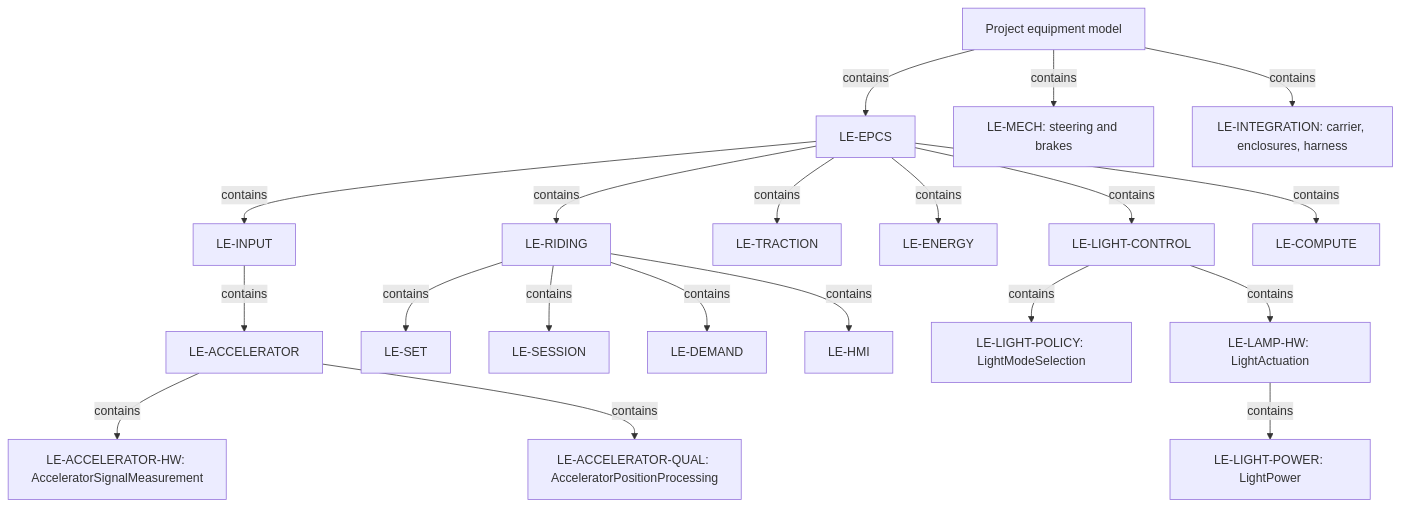
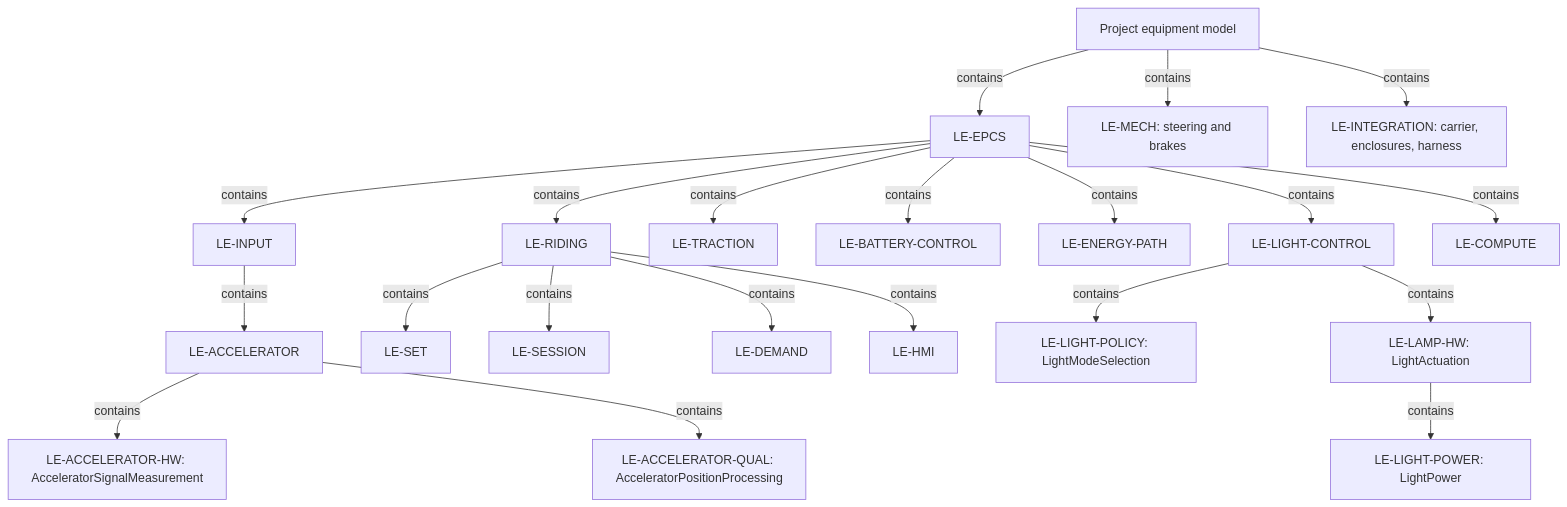
Before and after one commit to dhellhake/X2CityMCU: the first of 2 diagrams in .devenv/Architecture/SystemArchitecture/ARCH-001_System_Architecture.md, drawn with Mermaid. The commit also changed other lines of this file and 74 other files, not shown here.

````diff
--- a/.devenv/Architecture/SystemArchitecture/ARCH-001_System_Architecture.md
+++ b/.devenv/Architecture/SystemArchitecture/ARCH-001_System_Architecture.md
@@ -25,22 +25,23 @@
 ```mermaid
 flowchart TB
     Context["Project equipment model"] -->|contains| EPCS["LE-EPCS"]
     Context -->|contains| Mech["LE-MECH: steering and brakes"]
     Context -->|contains| VehicleIntegration["LE-INTEGRATION: carrier, enclosures, harness"]
     EPCS -->|contains| Riding["LE-RIDING"]
     EPCS -->|contains| Input["LE-INPUT"]
     EPCS -->|contains| Traction["LE-TRACTION"]
-    EPCS -->|contains| Energy["LE-ENERGY"]
+    EPCS -->|contains| BatteryControl["LE-BATTERY-CONTROL"]
+    EPCS -->|contains| EnergyPath["LE-ENERGY-PATH"]
     EPCS -->|contains| LightControl["LE-LIGHT-CONTROL"]
     EPCS -->|contains| Compute["LE-COMPUTE"]
     Input -->|contains| Accelerator["LE-ACCELERATOR"]
     Accelerator -->|contains| AcceleratorHw["LE-ACCELERATOR-HW: AcceleratorSignalMeasurement"]
     Accelerator -->|contains| AcceleratorQual["LE-ACCELERATOR-QUAL: AcceleratorPositionProcessing"]
     Riding -->|contains| Set["LE-SET"]
     Riding -->|contains| Session["LE-SESSION"]
     Riding -->|contains| Demand["LE-DEMAND"]
     Riding -->|contains| HMI["LE-HMI"]
     LightControl -->|contains| LightModeSelection["LE-LIGHT-POLICY: LightModeSelection"]
     LightControl -->|contains| LightActuation["LE-LAMP-HW: LightActuation"]
     LightActuation -->|contains| LightPower["LE-LIGHT-POWER: LightPower"]
 ```
````
